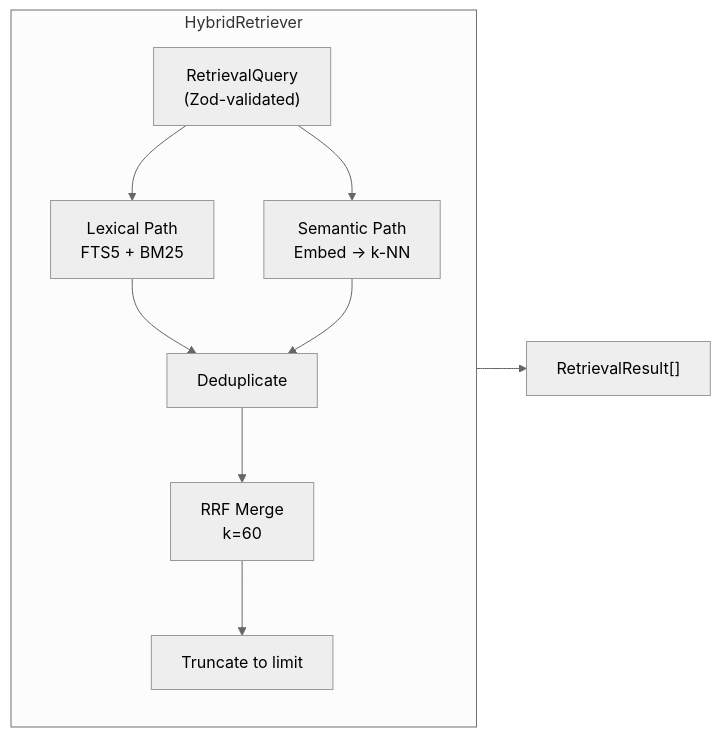
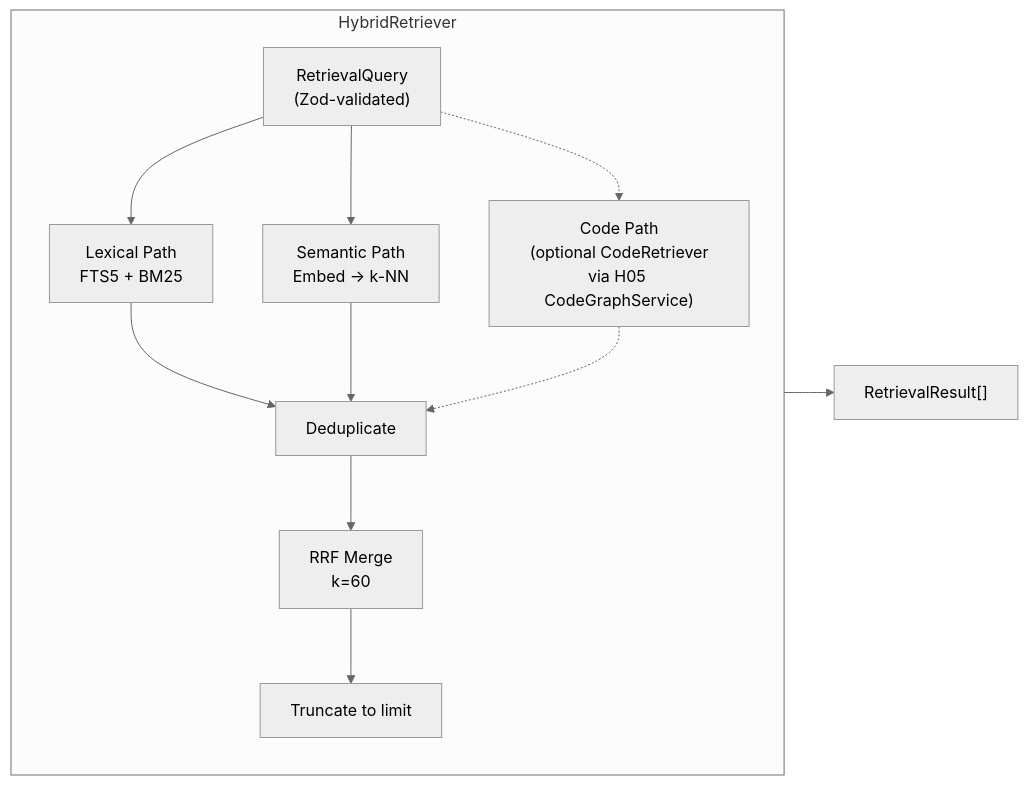
Before and after one commit to virgenherrera/virgil: the third of 3 diagrams in handoffs/H07_RAG_CORE_RETRIEVAL.md, drawn with Mermaid (neutral theme). The commit also changed other lines of this file and 4 other files, not shown here.

````diff
--- a/handoffs/H07_RAG_CORE_RETRIEVAL.md
+++ b/handoffs/H07_RAG_CORE_RETRIEVAL.md
@@ -221,20 +280,23 @@
 ```mermaid
 flowchart LR
     subgraph HybridRetriever
         direction TB
         RQ["RetrievalQuery<br/>(Zod-validated)"]
         LP["Lexical Path<br/>FTS5 + BM25"]
         SP["Semantic Path<br/>Embed → k-NN"]
+        CP["Code Path<br/>(optional CodeRetriever<br/>via H05 CodeGraphService)"]
         RRF["RRF Merge<br/>k=60"]
         DD["Deduplicate"]
         TR["Truncate to limit"]
     end
 
     RQ --> LP
     RQ --> SP
+    RQ -.-> CP
     LP --> DD
     SP --> DD
+    CP -.-> DD
     DD --> RRF
     RRF --> TR
     TR --> RR["RetrievalResult[]"]
 ```
````
